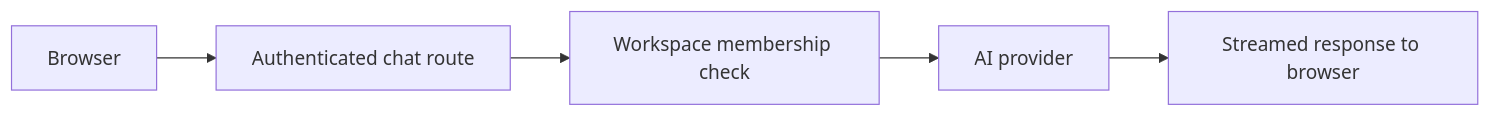
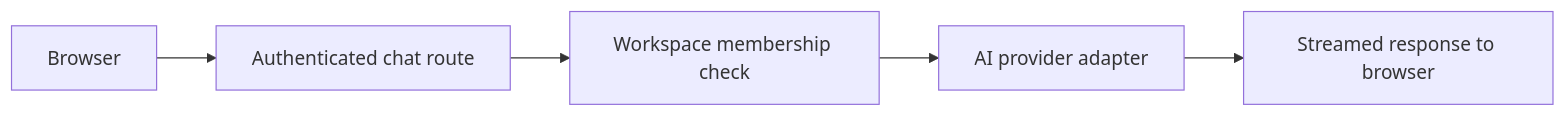
One commit to koszczapinski/workspace-ai-assistant changed the diagram in README.md. Above: the diagram before and after it, drawn with Mermaid. The commit also changed other lines of this file and 9 other files, not shown here.

````diff
--- a/README.md
+++ b/README.md
@@ -33,7 +44,7 @@
 ```mermaid
 flowchart LR
   Browser --> AuthenticatedRoute[Authenticated chat route]
   AuthenticatedRoute --> MembershipCheck[Workspace membership check]
-  MembershipCheck --> AIProvider[AI provider]
+  MembershipCheck --> AIProvider[AI provider adapter]
   AIProvider --> StreamedResponse[Streamed response to browser]
 ```
````
